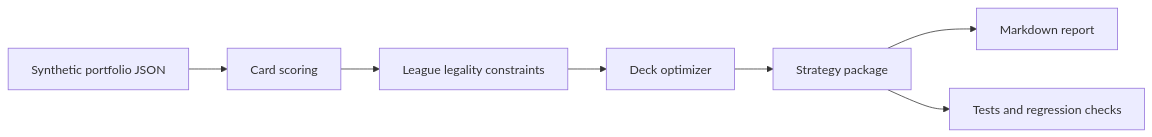
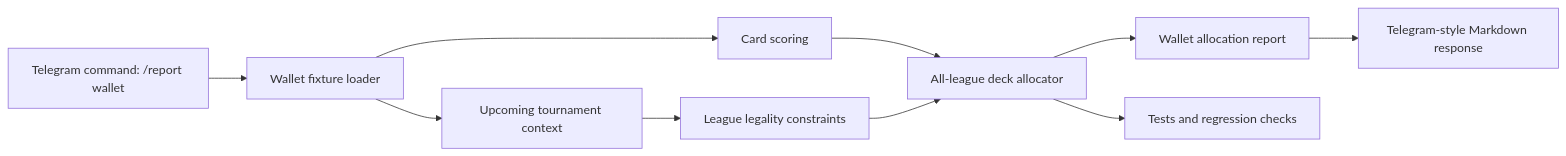
Before and after one commit to kirillsaven/fantasy-top-wallet-allocator-demo: the diagram in docs/architecture.md, drawn with Mermaid. The commit also changed other lines of this file and 13 other files, not shown here.

Commit message:
Rework demo as Telegram wallet allocation bot

````diff
--- a/docs/architecture.md
+++ b/docs/architecture.md
@@ -5,9 +6,12 @@
 ```mermaid
 flowchart LR
-  A[Synthetic portfolio JSON] --> B[Card scoring]
-  B --> C[League legality constraints]
-  C --> D[Deck optimizer]
-  D --> E[Strategy package]
-  E --> F[Markdown report]
-  E --> G[Tests and regression checks]
+  A[Telegram command: /report wallet] --> B[Wallet fixture loader]
+  B --> C[Upcoming tournament context]
+  C --> D[League legality constraints]
+  B --> E[Card scoring]
+  E --> F[All-league deck allocator]
+  D --> F
+  F --> G[Wallet allocation report]
+  G --> H[Telegram-style Markdown response]
+  F --> I[Tests and regression checks]
 ```
````
